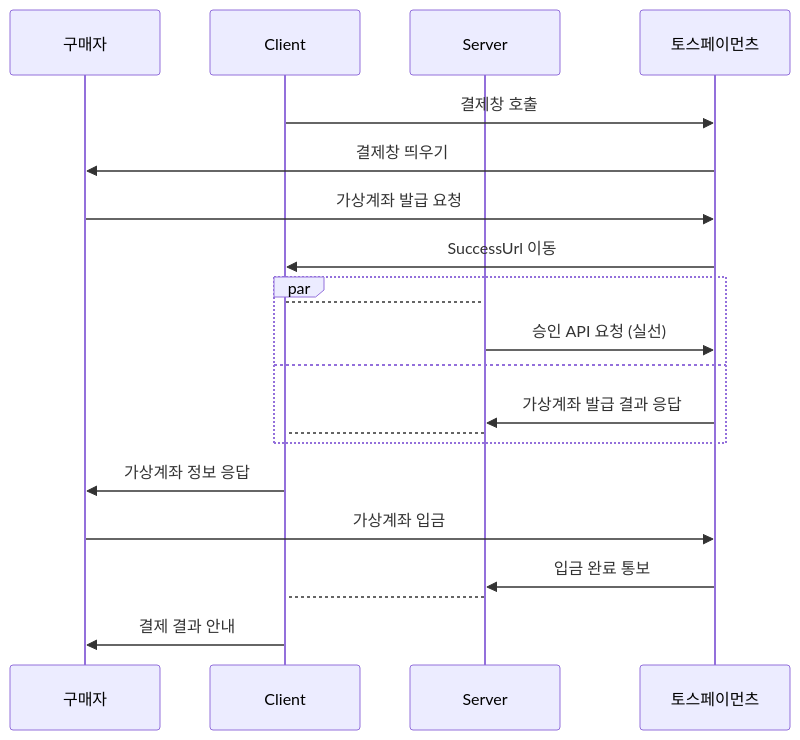
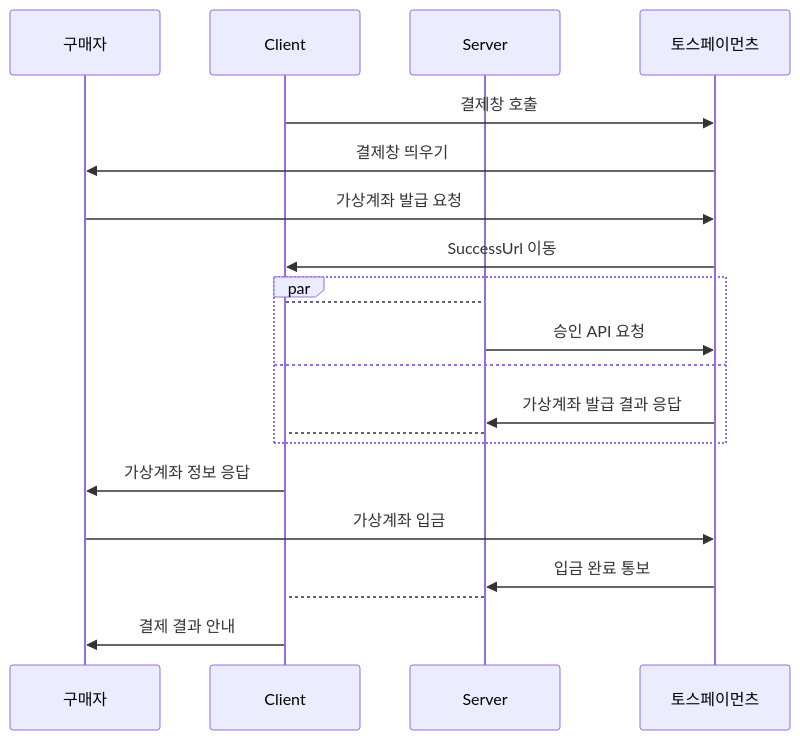
One commit to sumin2eee/NBE2_2_Team6 changed the sixth of 6 diagrams in README.md. Above: the diagram before and after it, drawn with Mermaid. The commit also changed other lines of this file, not shown here.

````diff
--- a/README.md
+++ b/README.md
@@ -128,24 +126,24 @@
 ```mermaid
 sequenceDiagram
     participant Buyer as 구매자
     participant Client
     participant Server
     participant PaymentGateway as 토스페이먼츠
 
     Client->>PaymentGateway: 결제창 호출
     PaymentGateway->>Buyer: 결제창 띄우기
     Buyer->>PaymentGateway: 가상계좌 발급 요청
     PaymentGateway->>Client: SuccessUrl 이동 
     par
         Client-->Server: 
-        Server->>PaymentGateway: 승인 API 요청 (실선)
+        Server->>PaymentGateway: 승인 API 요청 
     and
         PaymentGateway->>Server: 가상계좌 발급 결과 응답
         Server-->Client: 
     end 
     Client->>Buyer: 가상계좌 정보 응답 
     Buyer->>PaymentGateway: 가상계좌 입금
     PaymentGateway->>Server: 입금 완료 통보
     Server-->Client: 
     Client->>Buyer: 결제 결과 안내
 ```
````
